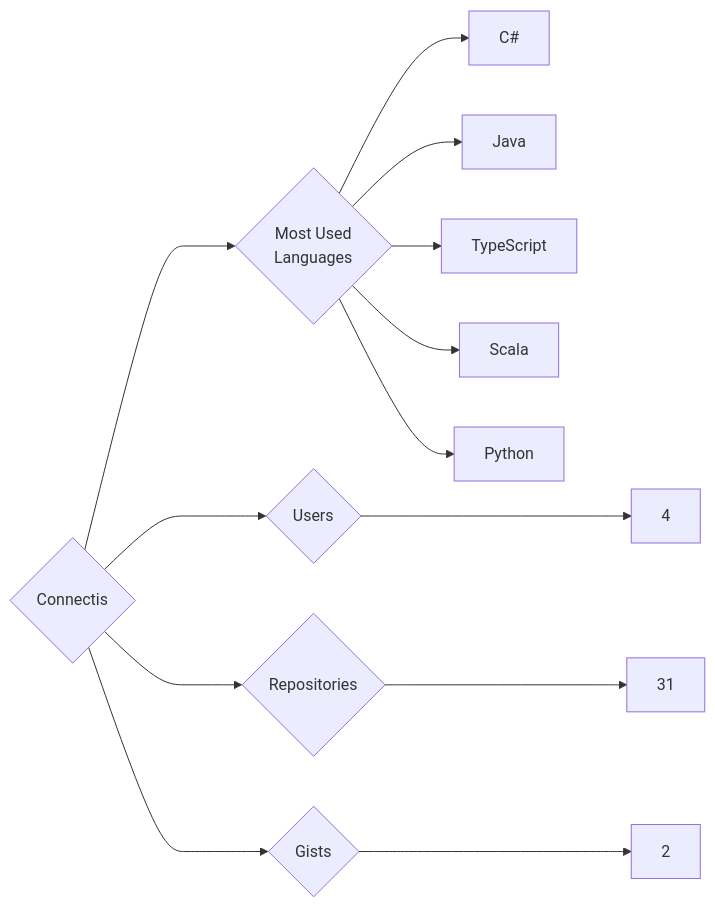
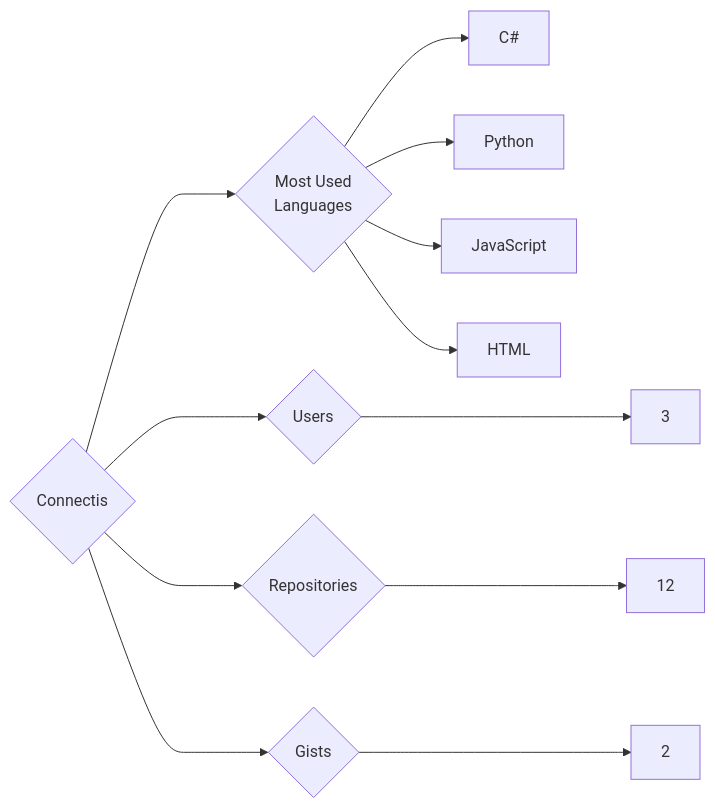
One commit to trickest/insiders changed the diagram in targets/Connectis/README.md. Above: the diagram before and after it, drawn with Mermaid. The commit also changed 1055 other files, not shown here.

````diff
--- a/targets/Connectis/README.md
+++ b/targets/Connectis/README.md
@@ -3,13 +3,12 @@
 ```mermaid
 graph LR
 COMPANY_NAME{Connectis}
-COMPANY_NAME ---> U{Users} ---> UN[4]
-COMPANY_NAME ---> R{Repositories} ---> RN[31]
+COMPANY_NAME ---> U{Users} ---> UN[3]
+COMPANY_NAME ---> R{Repositories} ---> RN[12]
 COMPANY_NAME ---> G{Gists} ---> GN[2]
 COMPANY_NAME ---> ML{Most Used<br>Languages}
 ML --> C#[C#]
-ML --> Java[Java]
-ML --> TypeScript[TypeScript]
-ML --> Scala[Scala]
 ML --> Python[Python]
+ML --> JavaScript[JavaScript]
+ML --> HTML[HTML]
 ```
````
